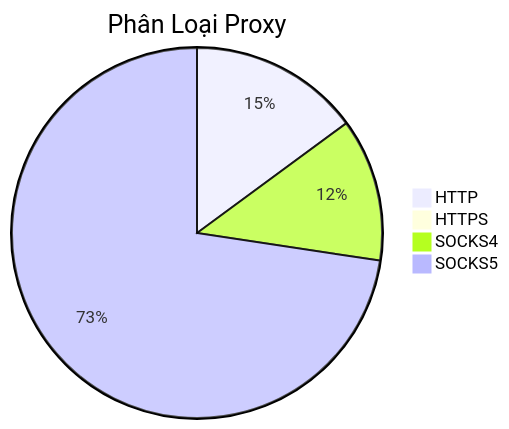
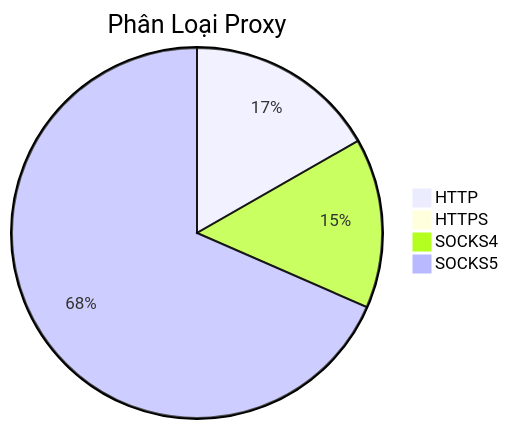
Before and after one commit to Ciara-Aa/PROXY-free: the diagram in README.md, drawn with Mermaid. The commit also changed other lines of this file and 4 other files, not shown here.

````diff
--- a/README.md
+++ b/README.md
@@ -26,7 +26,7 @@
 ```mermaid
 pie title Phân Loại Proxy
-    "HTTP" : 355
-    "HTTPS" : 1
-    "SOCKS4" : 297
-    "SOCKS5" : 1729
+    "HTTP" : 360
+    "HTTPS" : 2
+    "SOCKS4" : 319
+    "SOCKS5" : 1473
 ```
````
